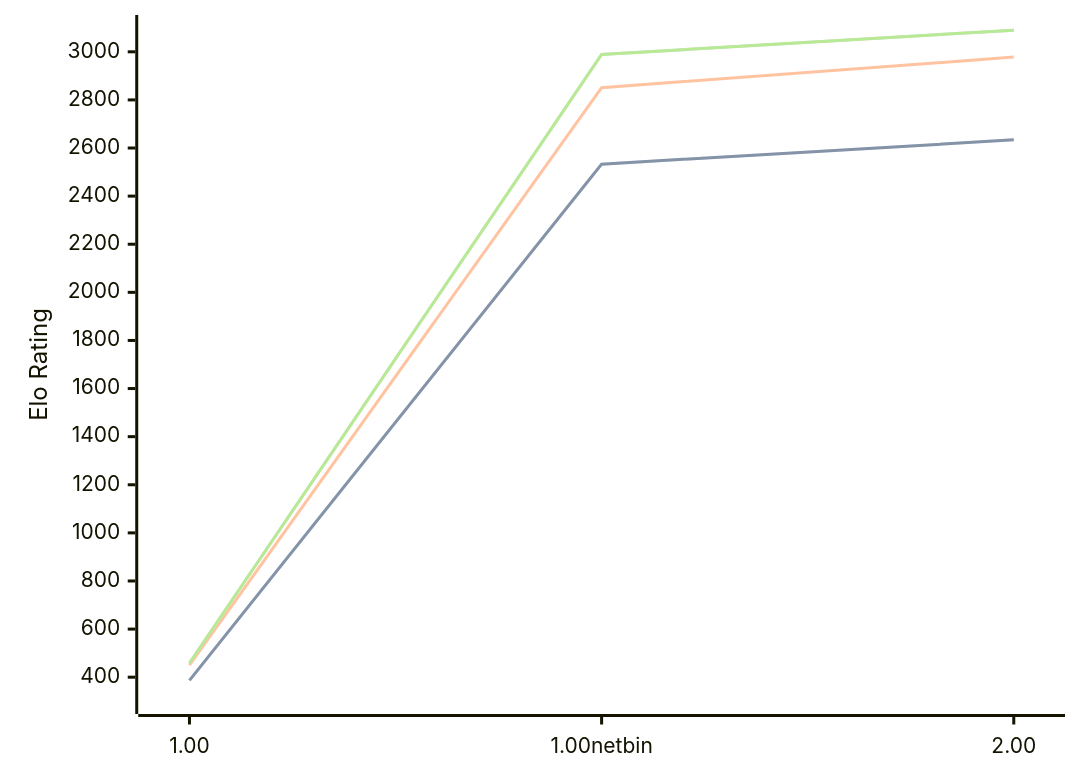
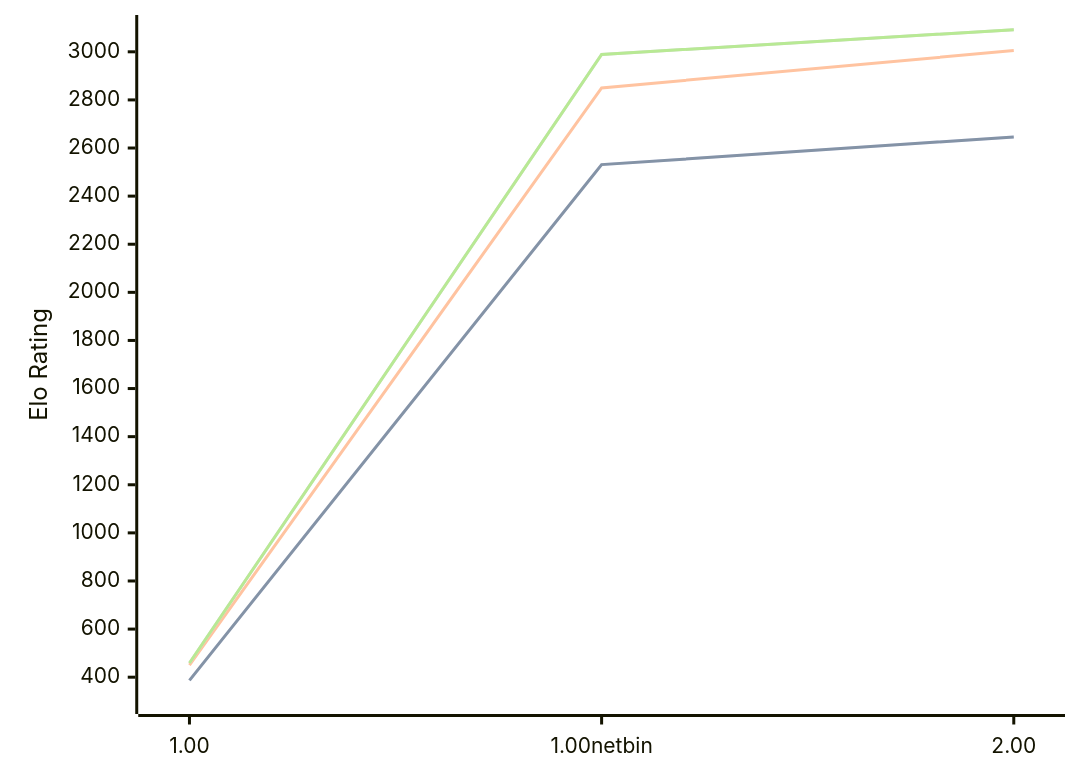
Before and after one commit to computer-chess-index/cci: the diagram in engines/Gilipol.md, drawn with Mermaid. The commit also changed other lines of this file, not shown here.

Commit message:
Update CCI Ratings (ELO VLTC) - 2026-06-10

````diff
--- a/engines/Gilipol.md
+++ b/engines/Gilipol.md
@@ -33,11 +33,11 @@
 ```mermaid
 %%{init: {"theme":"base","themeVariables":{"seriesColors:['#a3a3a3','#222221','#faa371']}}}%%
 xychart-beta
   x-axis ["1.00", "1.00netbin", "2.00"]
   y-axis "Elo Rating" 300 --> 3100
-  line "STC (8.0+0.08s)" [387, 2533, 2634]
-  line "STC (8.0+0.08s)" [387, 2533, 2634]
-  line "LTC (60.0+0.60s)" [450, 2851, 2978]
-  line "VLTC (2m24s+1.12s)" [459, 2989, 3090]
-  line "VLTC (2m24s+1.12s)" [459, 2989, 3090]
+  line "STC (8.0+0.08s)" [387, 2531, 2646]
+  line "STC (8.0+0.08s)" [387, 2531, 2646]
+  line "LTC (60.0+0.60s)" [450, 2850, 3005]
+  line "VLTC (2m24s+1.12s)" [459, 2989, 3092]
+  line "VLTC (2m24s+1.12s)" [459, 2989, 3092]
 ```
````
